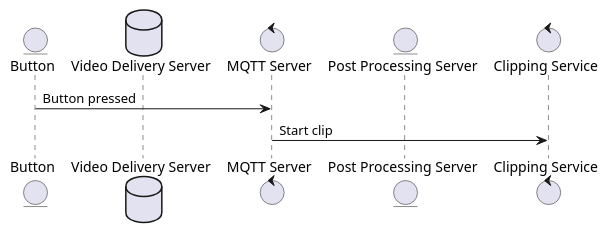
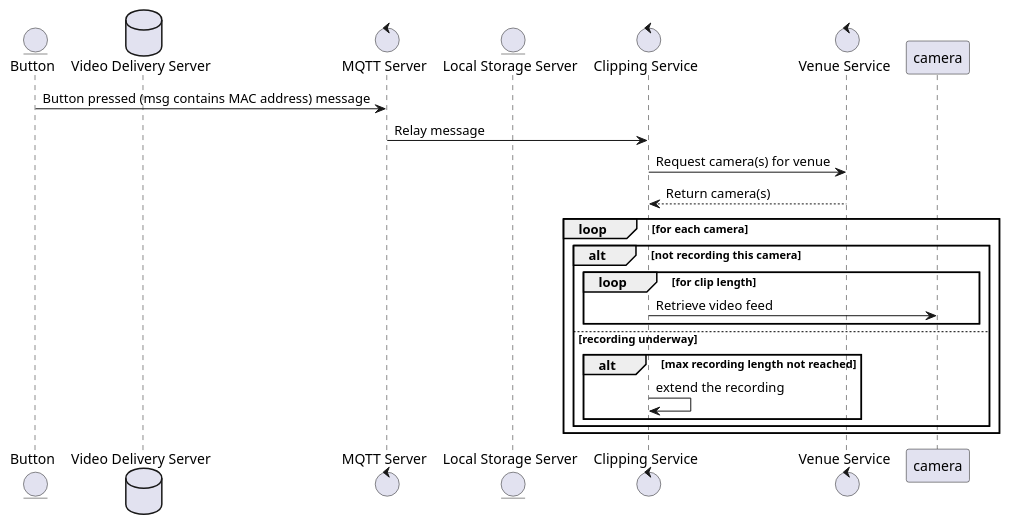
One commit to shaworth/planter changed the diagram in overview.puml. Above: the diagram before and after it, drawn with PlantUML.

```diff
--- a/overview.puml
+++ b/overview.puml
@@ -1,9 +1,25 @@
 @startuml
+
 entity "Button" as button
 database "Video Delivery Server" as s3
 control "MQTT Server" as mqtt
-entity "Post Processing Server" as relay
+entity "Local Storage Server" as localstore
 control "Clipping Service" as clipping
-button -> mqtt : Button pressed
-mqtt -> clipping : Start clip
+control "Venue Service" as venue
+
+button -> mqtt : Button pressed (msg contains MAC address) message
+mqtt -> clipping : Relay message
+clipping -> venue : Request camera(s) for venue
+venue --> clipping : Return camera(s)
+loop for each camera
+    alt not recording this camera
+        loop for clip length
+            clipping -> camera: Retrieve video feed
+        end
+    else recording underway
+        alt max recording length not reached
+            clipping -> clipping: extend the recording
+        end
+    end
+end
 @enduml
```
